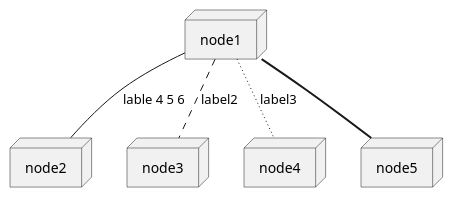
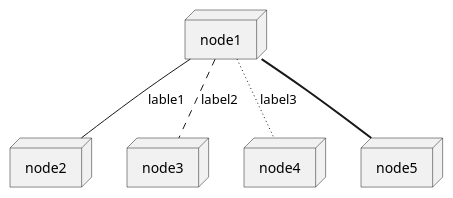
One commit to mrduguo/asciidoctor.org changed the diagram in docs/asciidoctor-diagram.adoc. Above: the diagram before and after it, drawn with PlantUML. The commit also changed 2 other files, not shown here.

Commit message:
test plantuml

```diff
--- a/docs/asciidoctor-diagram.adoc
+++ b/docs/asciidoctor-diagram.adoc
@@ -19,15 +19,15 @@
 [plantuml, plantuml-diagram, png]
 ....
 
 node node1
 node node2
 node node3
 node node4
 node node5
-node1 -- node2 : lable 4 5 6
+node1 -- node2 : lable1
 node1 .. node3 : label2
 node1 ~~ node4 : label3
 node1 == node5
 
 
 ....
```
